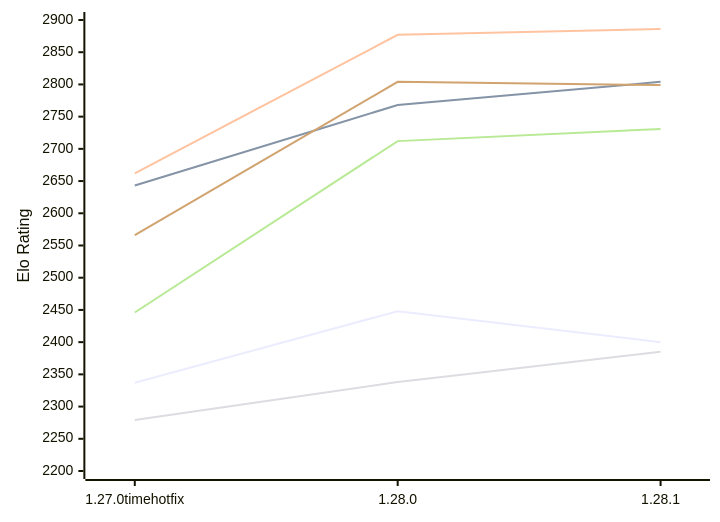
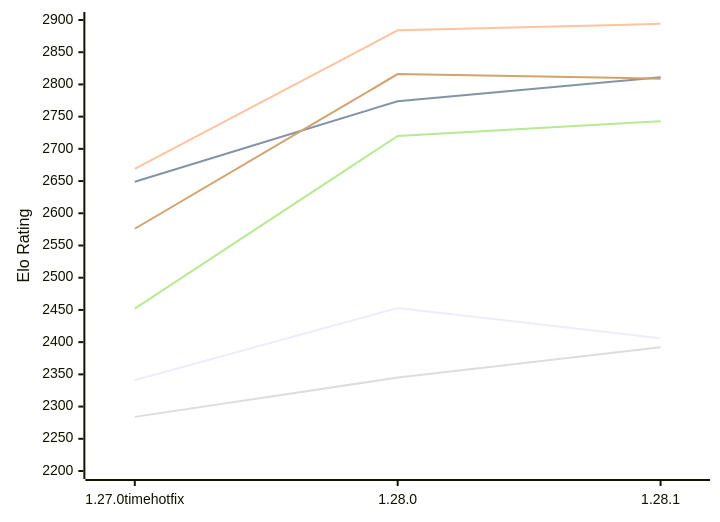
Before and after one commit to computer-chess-index/cci: the first of 2 diagrams in engines/Aurora.md, drawn with Mermaid. The commit also changed other lines of this file, not shown here.

Commit message:
Update CCI Ratings (ELO VLTC) - 2026-11-16

````diff
--- a/engines/Aurora.md
+++ b/engines/Aurora.md
@@ -52,12 +52,12 @@
 ```mermaid
 %%{init: {"theme":"base","themeVariables":{"seriesColors:['#a3a3a3','#222221','#faa371']}}}%%
 xychart-beta
   x-axis ["1.27.0timehotfix", "1.28.0", "1.28.1"]
   y-axis "Elo Rating" 2200 --> 2900
-  line "E1: STC (8.0+0.08s)" [2337, 2448, 2400]
-  line "E1: LTC (60.0+0.60s)" [2643, 2768, 2804]
-  line "E1: VLTC (2m24s+1.12s)" [2662, 2877, 2886]
-  line "P1: STC (8.0+0.08s)" [2279, 2338, 2385]
-  line "P1: LTC (60.0+0.60s)" [2446, 2712, 2731]
-  line "P1: VLTC (2m24s+1.12s)" [2566, 2804, 2799]
+  line "E1: STC (8.0+0.08s)" [2341, 2453, 2406]
+  line "E1: LTC (60.0+0.60s)" [2649, 2774, 2811]
+  line "E1: VLTC (2m24s+1.12s)" [2669, 2884, 2894]
+  line "P1: STC (8.0+0.08s)" [2284, 2345, 2392]
+  line "P1: LTC (60.0+0.60s)" [2452, 2720, 2743]
+  line "P1: VLTC (2m24s+1.12s)" [2576, 2816, 2809]
 ```
````
